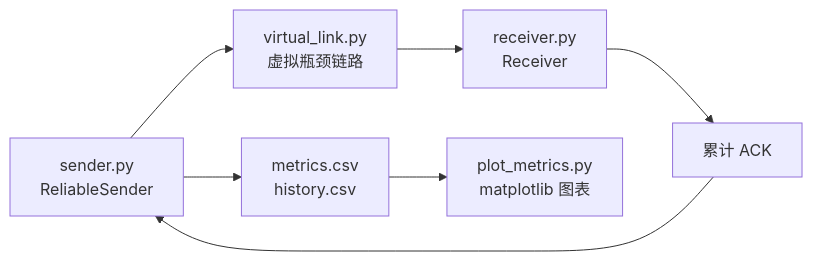
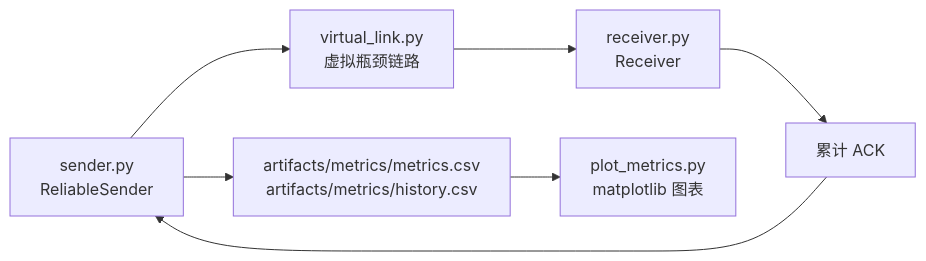
Before and after one commit to Lawrenclia/CS3611_ComputerNetworks_Project: the diagram in 题目五实验提交文档.md, drawn with Mermaid. The commit also changed other lines of this file and 23 other files, not shown here.

````diff
--- a/题目五实验提交文档.md
+++ b/题目五实验提交文档.md
@@ -28,9 +33,9 @@
 ```mermaid
 flowchart LR
     Sender["sender.py<br/>ReliableSender"] --> VLink["virtual_link.py<br/>虚拟瓶颈链路"]
     VLink --> Receiver["receiver.py<br/>Receiver"]
     Receiver --> Ack["累计 ACK"]
     Ack --> Sender
-    Sender --> Metrics["metrics.csv<br/>history.csv"]
+    Sender --> Metrics["artifacts/metrics/metrics.csv<br/>artifacts/metrics/history.csv"]
     Metrics --> Plot["plot_metrics.py<br/>matplotlib 图表"]
 ```
````
